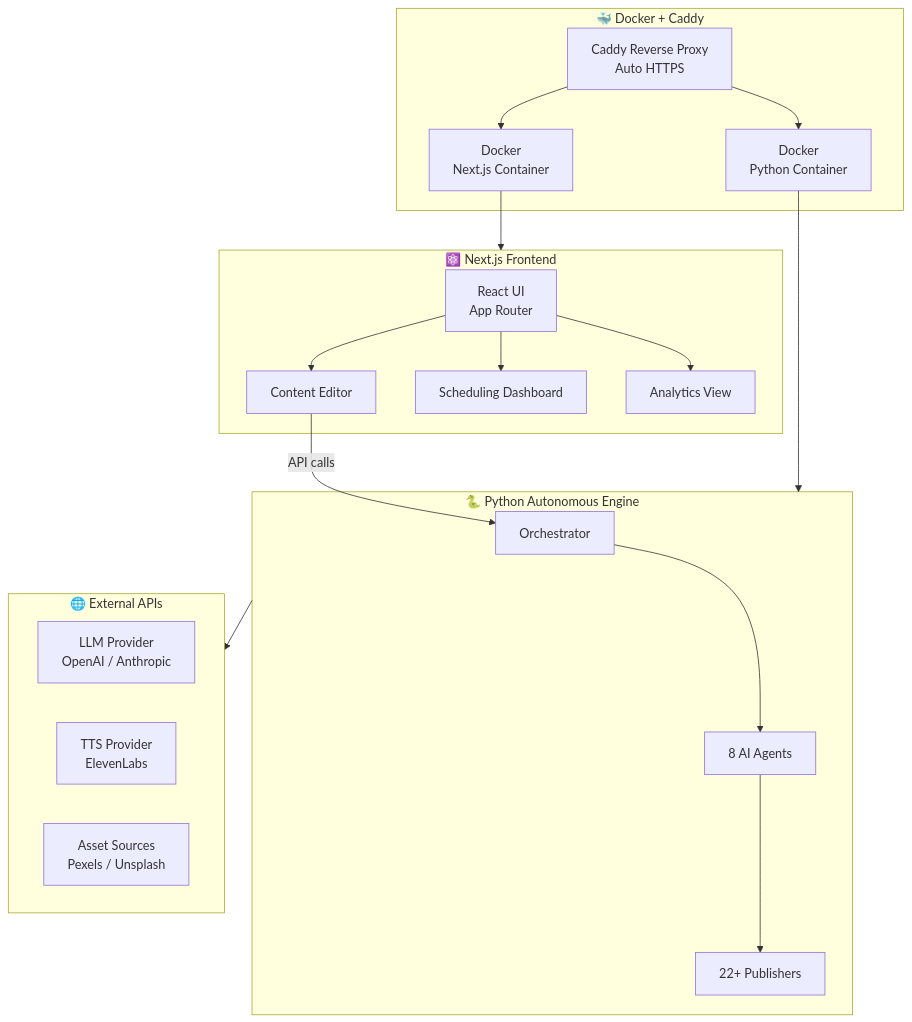
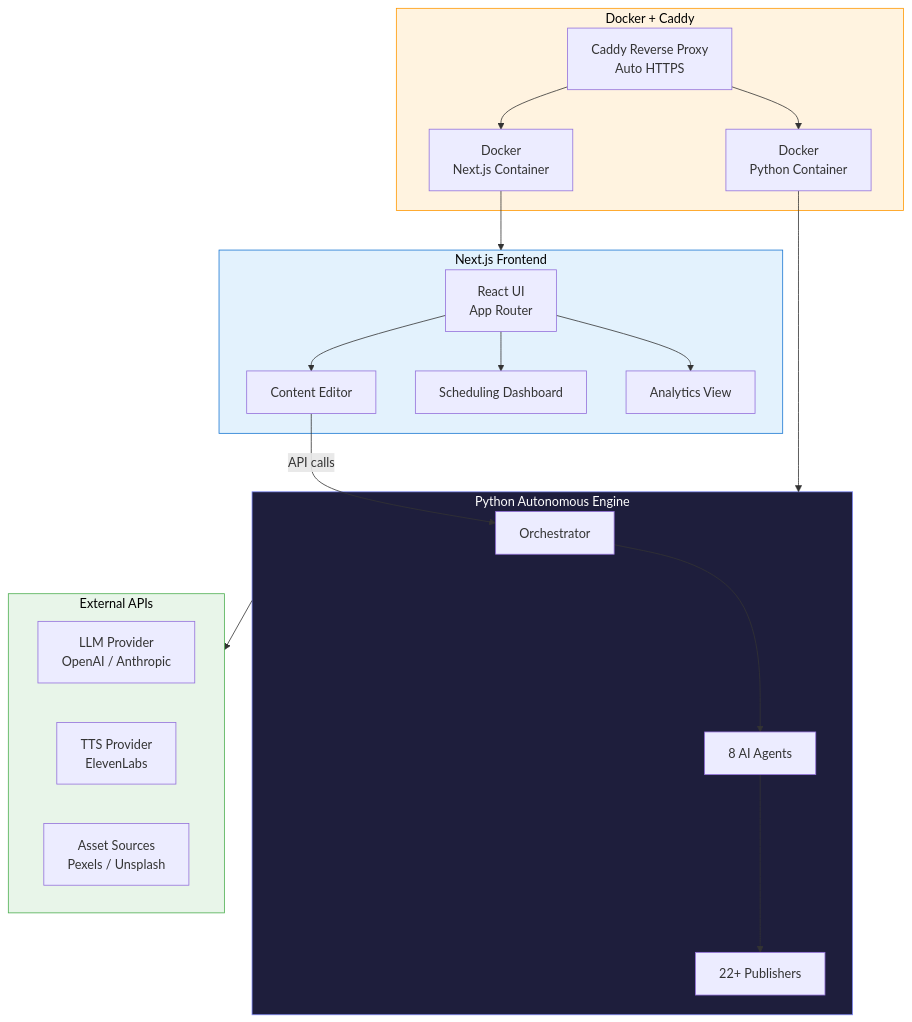
The fourth of 4 diagrams in README.md (mulkymalikuldhrs/ghoststudio-ai), drawn with Mermaid before and after one commit. The commit also changed other lines of this file and 1 other file, not shown here.

Commit message:
🎨 Upgrade: banner image + fixed Mermaid + animations + flow diagrams

````diff
--- a/README.md
+++ b/README.md
@@ -308,39 +239,44 @@
 ```mermaid
 flowchart TB
-    subgraph Frontend["⚛️ Next.js Frontend"]
+    subgraph Frontend["Next.js Frontend"]
         UI[React UI<br/>App Router]
         Editor[Content Editor]
         Calendar[Scheduling Dashboard]
         Analytics[Analytics View]
     end
 
-    subgraph Backend["🐍 Python Autonomous Engine"]
+    subgraph Backend["Python Autonomous Engine"]
         Orch[Orchestrator]
         Agents[8 AI Agents]
         Publishers[22+ Publishers]
     end
 
-    subgraph Infra["🐳 Docker + Caddy"]
+    subgraph Infra["Docker + Caddy"]
         Caddy[Caddy Reverse Proxy<br/>Auto HTTPS]
         DockerFE[Docker<br/>Next.js Container]
         DockerBE[Docker<br/>Python Container]
     end
 
-    subgraph External["🌐 External APIs"]
+    subgraph External["External APIs"]
         LLM[LLM Provider<br/>OpenAI / Anthropic]
         TTS[TTS Provider<br/>ElevenLabs]
         Assets[Asset Sources<br/>Pexels / Unsplash]
     end
 
     UI --> Editor
     UI --> Calendar
     UI --> Analytics
     Editor -->|API calls| Orch
     Orch --> Agents
     Agents --> Publishers
     Caddy --> DockerFE
     Caddy --> DockerBE
     DockerFE --> Frontend
     DockerBE --> Backend
     Backend --> External
+
+    style Frontend fill:#e3f2fd,stroke:#1976d2,color:#000
+    style Backend fill:#1e1e3c,stroke:#818cf8,color:#fff
+    style Infra fill:#fff3e0,stroke:#ff9800,color:#000
+    style External fill:#e8f5e9,stroke:#4caf50,color:#000
 ```
````
